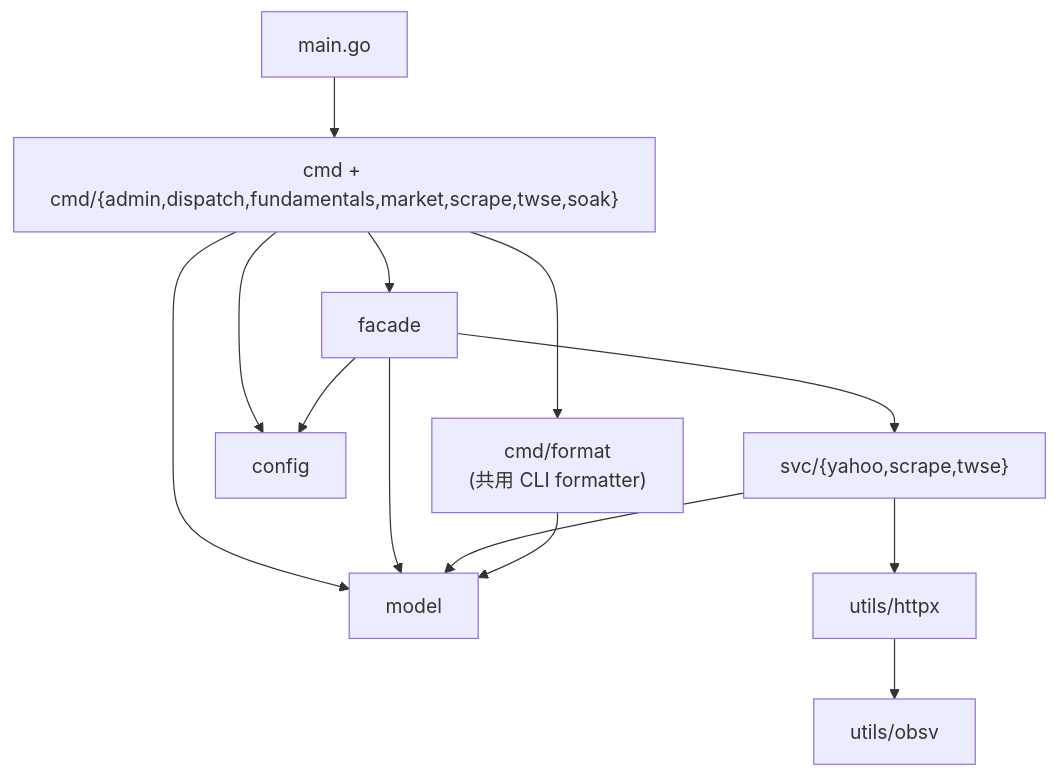
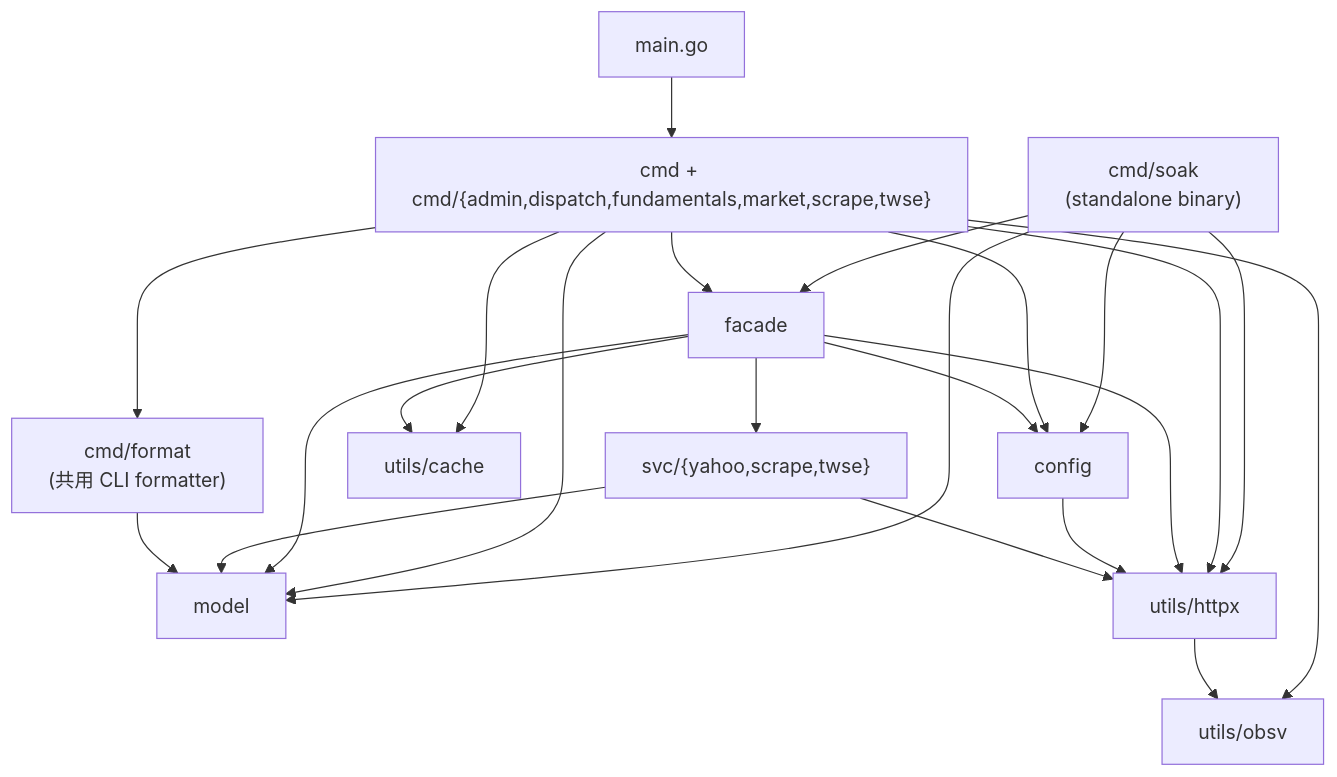
Before and after one commit to BizShuk/yfin: the diagram in CLAUDE.md, drawn with Mermaid. The commit also changed other lines of this file and 204 other files, not shown here.

````diff
--- a/CLAUDE.md
+++ b/CLAUDE.md
@@ -31,15 +31,25 @@
 ```mermaid
 flowchart TD
-    M["main.go"] --> C["cmd + cmd/{admin,dispatch,fundamentals,market,scrape,twse,soak}"]
+    M["main.go"] --> C["cmd + cmd/{admin,dispatch,fundamentals,market,scrape,twse}"]
+    SOAK["cmd/soak<br/>(standalone binary)"] --> F
+    SOAK --> CFG
+    SOAK --> MD
+    SOAK --> HX
     C --> FMT["cmd/format<br/>(共用 CLI formatter)"]
     C --> F["facade"]
     C --> CFG["config"]
     C --> MD["model"]
+    C --> HX
+    C --> CACHE["utils/cache"]
+    C --> OB["utils/obsv"]
     F --> S["svc/{yahoo,scrape,twse}"]
     F --> CFG
     F --> MD
+    F --> HX
+    F --> CACHE
+    CFG --> HX
     S --> MD
     S --> HX["utils/httpx"]
     FMT --> MD
     HX --> OB["utils/obsv"]
 ```
````
